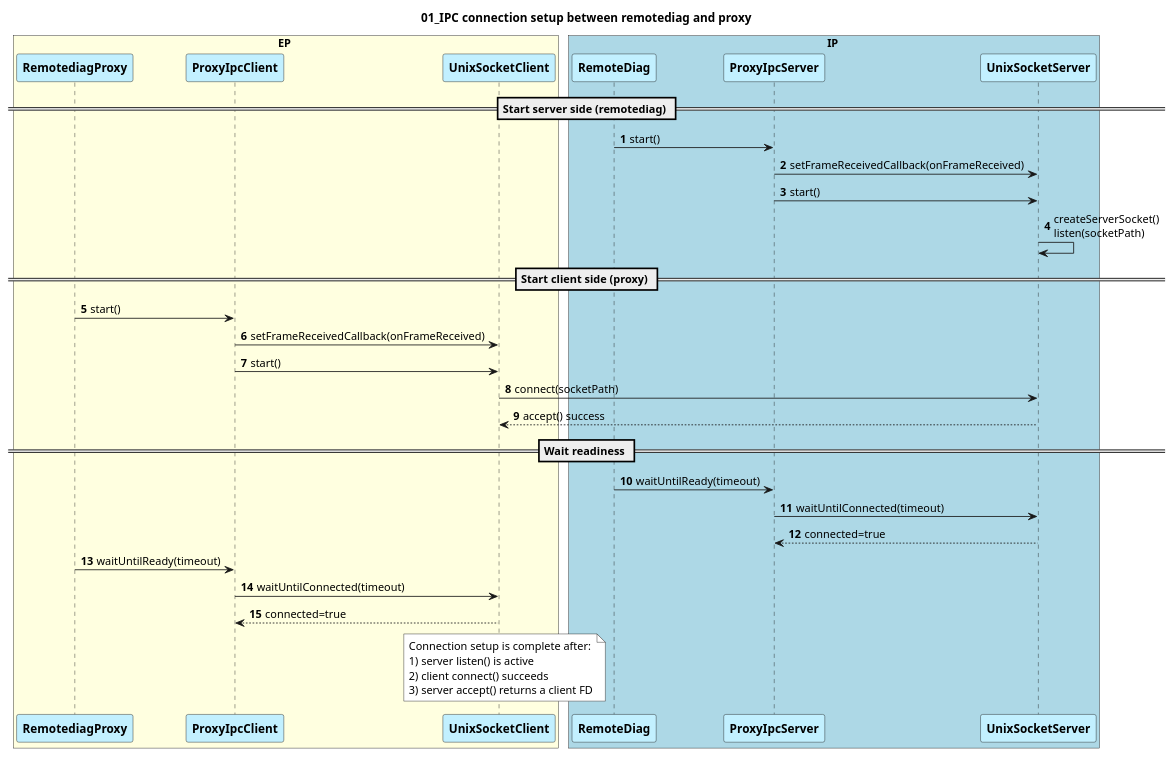
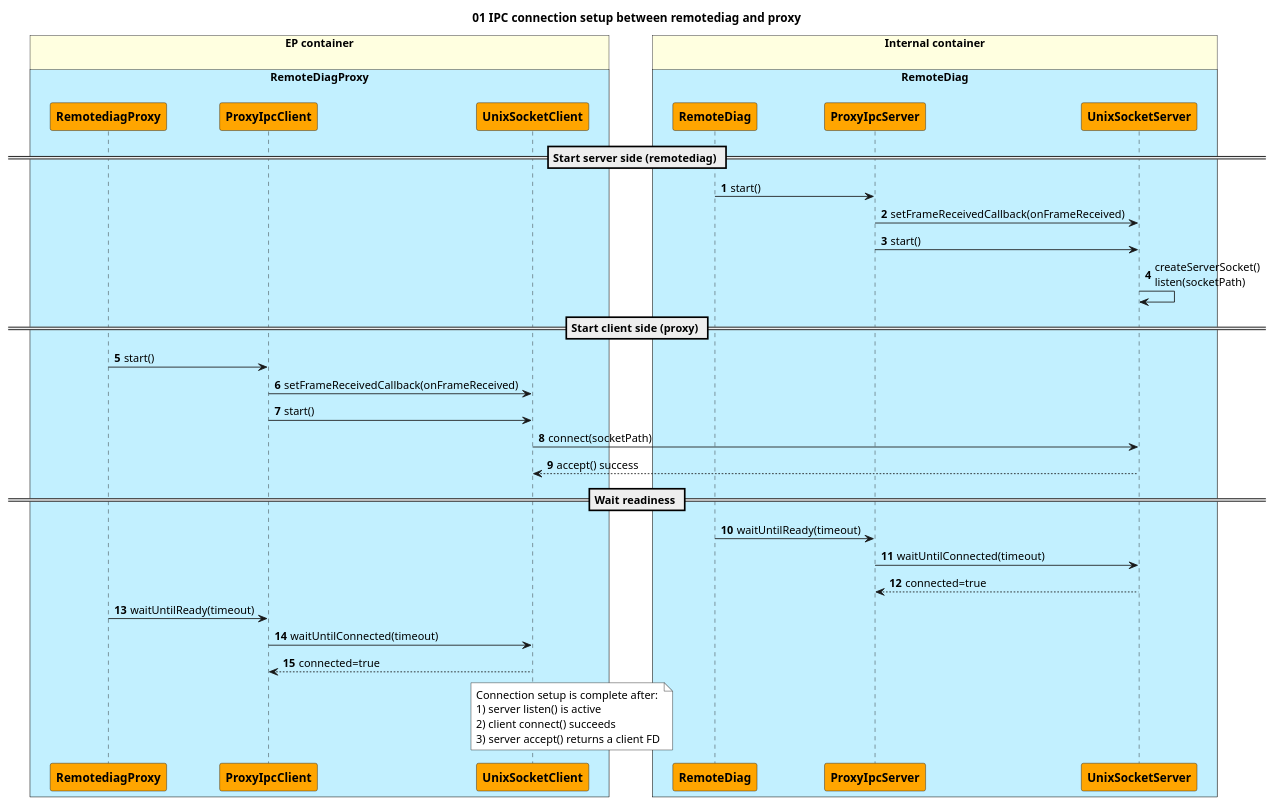
One commit to btqt/fe changed the diagram in design/fe_code/13-01 IPC connection setup between remotediag and proxy.puml. Above: the diagram before and after it, drawn with PlantUML. The commit also changed 9 other files, not shown here.

```diff
--- a/design/fe_code/13-01 IPC connection setup between remotediag and proxy.puml
+++ b/design/fe_code/13-01 IPC connection setup between remotediag and proxy.puml
@@ -1,51 +1,58 @@
-@startuml #13-01 IPC connection setup between remotediag and proxy__
+@startuml IPC connection setup between remotediag and proxy__
 
-title 01_IPC connection setup between remotediag and proxy
+title 01 IPC connection setup between remotediag and proxy
 
 !pragma teoz true
 
+skinparam BoxPadding 20
+skinparam ParticipantPadding 20
+
 autonumber
-box EP #lightYellow
-    participant "<b>RemotediagProxy" as PROXY #Application
-    participant "<b>ProxyIpcClient" as CLI #Application
-    participant "<b>UnixSocketClient" as USC #Application
-endbox
+box "EP container\n" #lightYellow
+    box "RemoteDiagProxy\n" #Application
+        participant "<b>RemotediagProxy" as PROXY #Orange
+        participant "<b>ProxyIpcClient" as CLI #Orange
+        participant "<b>UnixSocketClient" as USC #Orange
+    end box
+end box
 
-box IP #lightBlue
-    participant "<b>RemoteDiag" as RDG #Application
-    participant "<b>ProxyIpcServer" as SRV #Application
-    participant "<b>UnixSocketServer" as USS #Application
-endbox
+box "Internal container\n" #lightYellow
+    box "RemoteDiag\n" #Application
+        participant "<b>RemoteDiag" as RDG #Orange
+        participant "<b>ProxyIpcServer" as SRV #Orange
+        participant "<b>UnixSocketServer" as USS #Orange
+    end box
+end box
 
 
 
 == Start server side (remotediag) ==
 RDG->SRV: start()
 SRV->USS: setFrameReceivedCallback(onFrameReceived)
 SRV->USS: start()
 USS->USS: createServerSocket()\nlisten(socketPath)
 
 == Start client side (proxy) ==
 PROXY->CLI: start()
 CLI->USC: setFrameReceivedCallback(onFrameReceived)
 CLI->USC: start()
 USC->USS: connect(socketPath)
 USS-->USC: accept() success
 
 == Wait readiness ==
 RDG->SRV: waitUntilReady(timeout)
 SRV->USS: waitUntilConnected(timeout)
 USS-->SRV: connected=true
 
 PROXY->CLI: waitUntilReady(timeout)
 CLI->USC: waitUntilConnected(timeout)
 USC-->CLI: connected=true
 
 note over SRV,CLI #White
 Connection setup is complete after:
 1) server listen() is active
 2) client connect() succeeds
 3) server accept() returns a client FD
 end note
 
 @enduml
```
